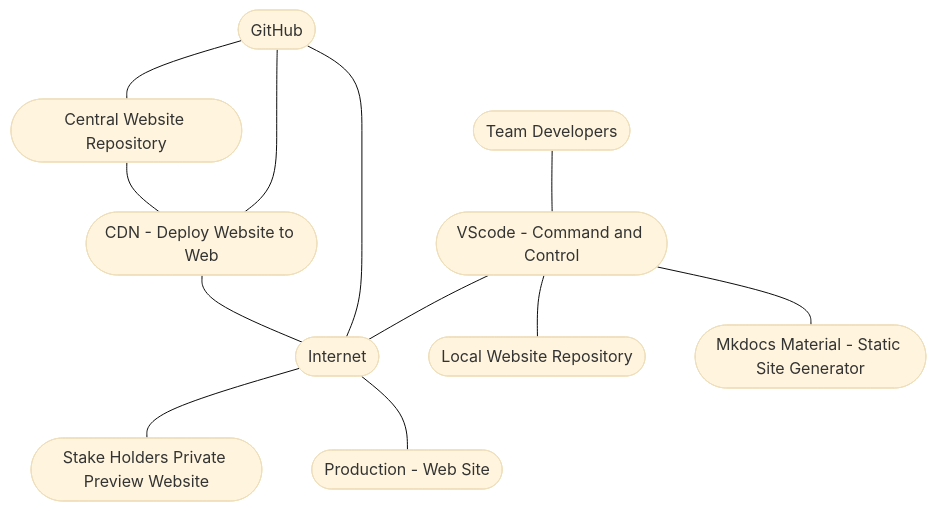
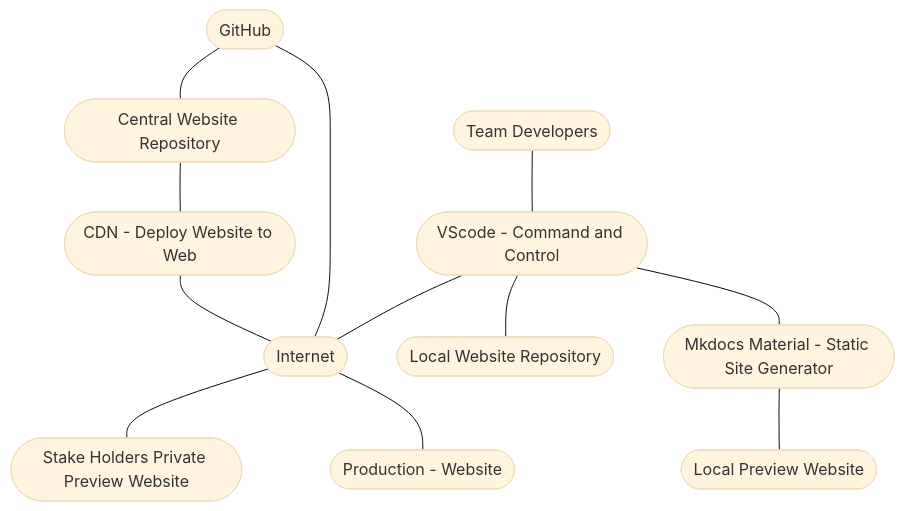
The diagram in docs/website_dev_stack.md (JohnTelford/mkdocs_01_03_2023), drawn with Mermaid (base theme) before and after one commit. The commit also changed other lines of this file and 9 other files, not shown here.

````diff
--- a/docs/website_dev_stack.md
+++ b/docs/website_dev_stack.md
@@ -15,46 +15,48 @@
 ``` mermaid
 flowchart TB
 	
 	crepo --- cdn
 
 	cdn --- net
 
 	dev --- vsc 
 
 	github --- crepo
-
-	github --- cdn
 
 	github --- net
 	
 	vsc --- lrepo
 	
 	net --- prevweb
 
 	net --- proweb
 
 	vsc --- net
 
 	vsc --- mkd
 
+	mkd --- lpreweb
+
 	dev([Team Developers])
 
 	cdn([CDN - Deploy Website to Web])
 
 	crepo([Central Website Repository])
 
 	github([GitHub]) 
 
 	lrepo([Local Website Repository])
 
+	lpreweb([Local Preview Website])
+
 	mkd([Mkdocs Material - Static Site Generator])
 
 	net([Internet]) 
 	
 	prevweb([Stake Holders Private Preview Website])
 
-	proweb([Production - Web Site])
+	proweb([Production - Website])
 
 	vsc([VScode - Command and Control]) 
 
 ```
````
